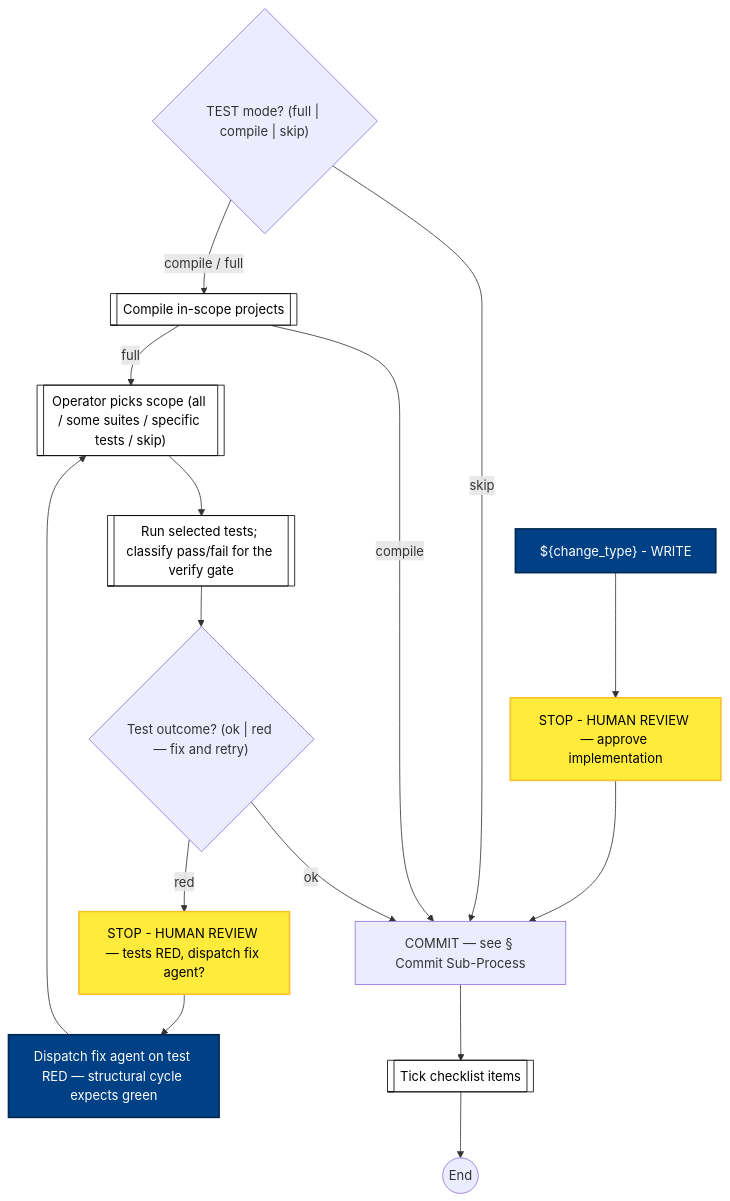
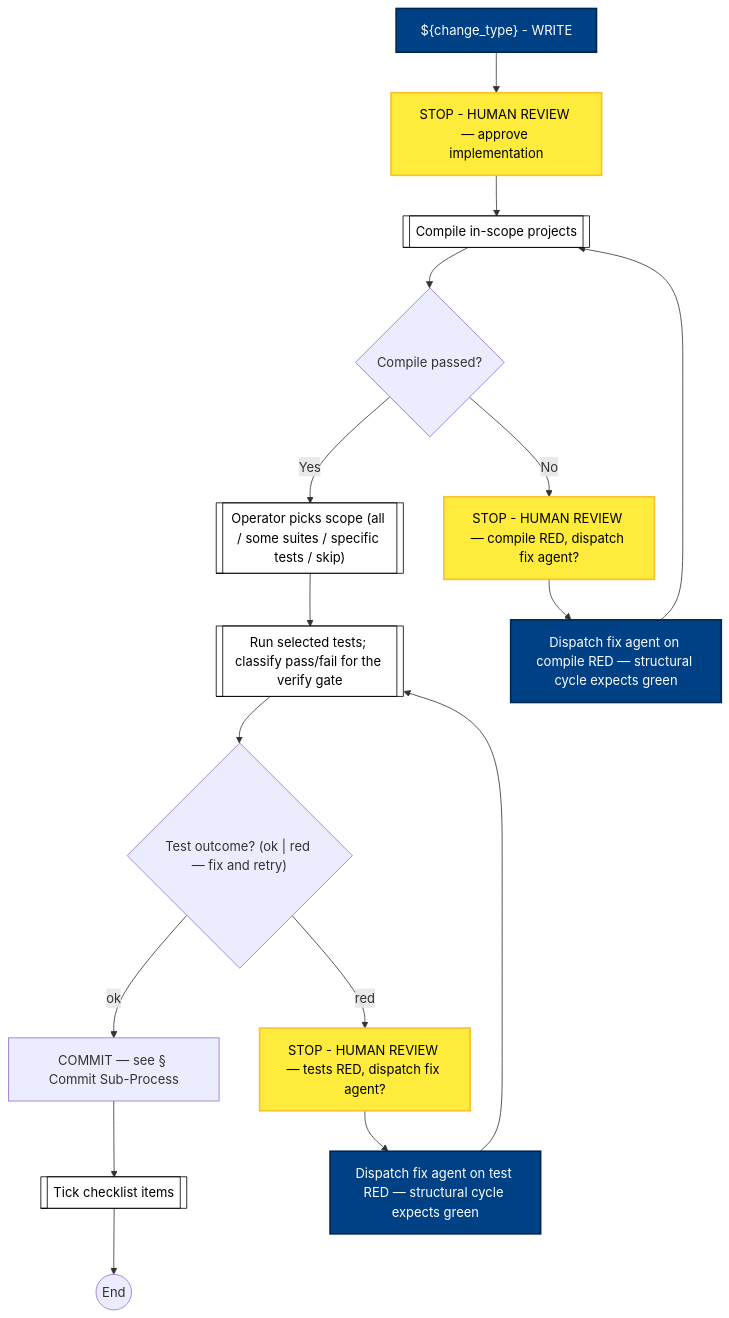
The tenth of 16 diagrams in docs/process-diagram.md (optivem/gh-optivem), drawn with Mermaid before and after one commit. The commit also changed 1 other file, not shown here.

Commit message:
atdd: regenerate process-flow diagram

````diff
--- a/docs/process-diagram.md
+++ b/docs/process-diagram.md
@@ -269,39 +269,42 @@
 ```mermaid
 flowchart TD
     APPROVE_CHANGE[STOP - HUMAN REVIEW — approve implementation]
     CHOOSE_TESTS[["Operator picks scope (all / some suites / specific tests / skip)"]]
     COMMIT[COMMIT — see § Commit Sub-Process]
     COMPILE[[Compile in-scope projects]]
-    FIX_STRUCT_VERIFY[Dispatch fix agent on test RED — structural cycle expects green]
+    FIX_COMPILE[Dispatch fix agent on compile RED — structural cycle expects green]
+    FIX_TEST[Dispatch fix agent on test RED — structural cycle expects green]
+    GATE_COMPILE_OK{Compile passed?}
     GATE_STRUCT_VERIFY{"Test outcome? (ok | red — fix and retry)"}
-    GATE_TEST_MODE{"TEST mode? (full | compile | skip)"}
     RUN_TESTS[["Run selected tests; classify pass/fail for the verify gate"]]
-    STOP_STRUCT_VERIFY_REVIEW[STOP - HUMAN REVIEW — tests RED, dispatch fix agent?]
+    STOP_COMPILE_FAIL_REVIEW[STOP - HUMAN REVIEW — compile RED, dispatch fix agent?]
+    STOP_TEST_FAIL_REVIEW[STOP - HUMAN REVIEW — tests RED, dispatch fix agent?]
     STRUCT_END((End))
     TICK_CHECKLIST[[Tick checklist items]]
     WRITE["${change_type} - WRITE"]
 
     WRITE --> APPROVE_CHANGE
-    APPROVE_CHANGE --> COMMIT
-    GATE_TEST_MODE -- skip --> COMMIT
-    GATE_TEST_MODE -- compile / full --> COMPILE
-    COMPILE -- full --> CHOOSE_TESTS
-    COMPILE -- compile --> COMMIT
+    APPROVE_CHANGE --> COMPILE
+    COMPILE --> GATE_COMPILE_OK
+    GATE_COMPILE_OK -- Yes --> CHOOSE_TESTS
+    GATE_COMPILE_OK -- No --> STOP_COMPILE_FAIL_REVIEW
+    STOP_COMPILE_FAIL_REVIEW --> FIX_COMPILE
+    FIX_COMPILE --> COMPILE
     CHOOSE_TESTS --> RUN_TESTS
     RUN_TESTS --> GATE_STRUCT_VERIFY
     GATE_STRUCT_VERIFY -- ok --> COMMIT
-    GATE_STRUCT_VERIFY -- red --> STOP_STRUCT_VERIFY_REVIEW
-    STOP_STRUCT_VERIFY_REVIEW --> FIX_STRUCT_VERIFY
-    FIX_STRUCT_VERIFY --> CHOOSE_TESTS
+    GATE_STRUCT_VERIFY -- red --> STOP_TEST_FAIL_REVIEW
+    STOP_TEST_FAIL_REVIEW --> FIX_TEST
+    FIX_TEST --> RUN_TESTS
     COMMIT --> TICK_CHECKLIST
     TICK_CHECKLIST --> STRUCT_END
 
     classDef serviceNode fill:#ffffff,stroke:#000000,stroke-width:1px,color:#000000
     class CHOOSE_TESTS,COMPILE,RUN_TESTS,TICK_CHECKLIST serviceNode
 
     classDef agentNode fill:#004085,stroke:#002752,stroke-width:2px,color:#ffffff
-    class FIX_STRUCT_VERIFY,WRITE agentNode
+    class FIX_COMPILE,FIX_TEST,WRITE agentNode
 
     classDef humanNode fill:#ffeb3b,stroke:#fbc02d,stroke-width:2px,color:#000000
-    class APPROVE_CHANGE,STOP_STRUCT_VERIFY_REVIEW humanNode
+    class APPROVE_CHANGE,STOP_COMPILE_FAIL_REVIEW,STOP_TEST_FAIL_REVIEW humanNode
 ```
````
